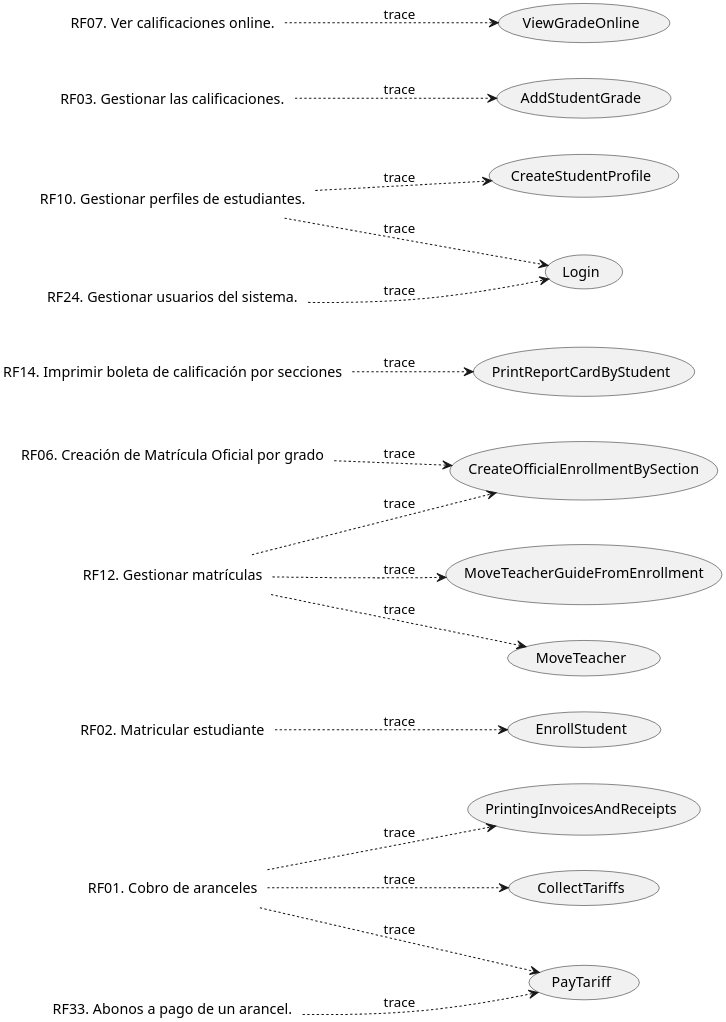
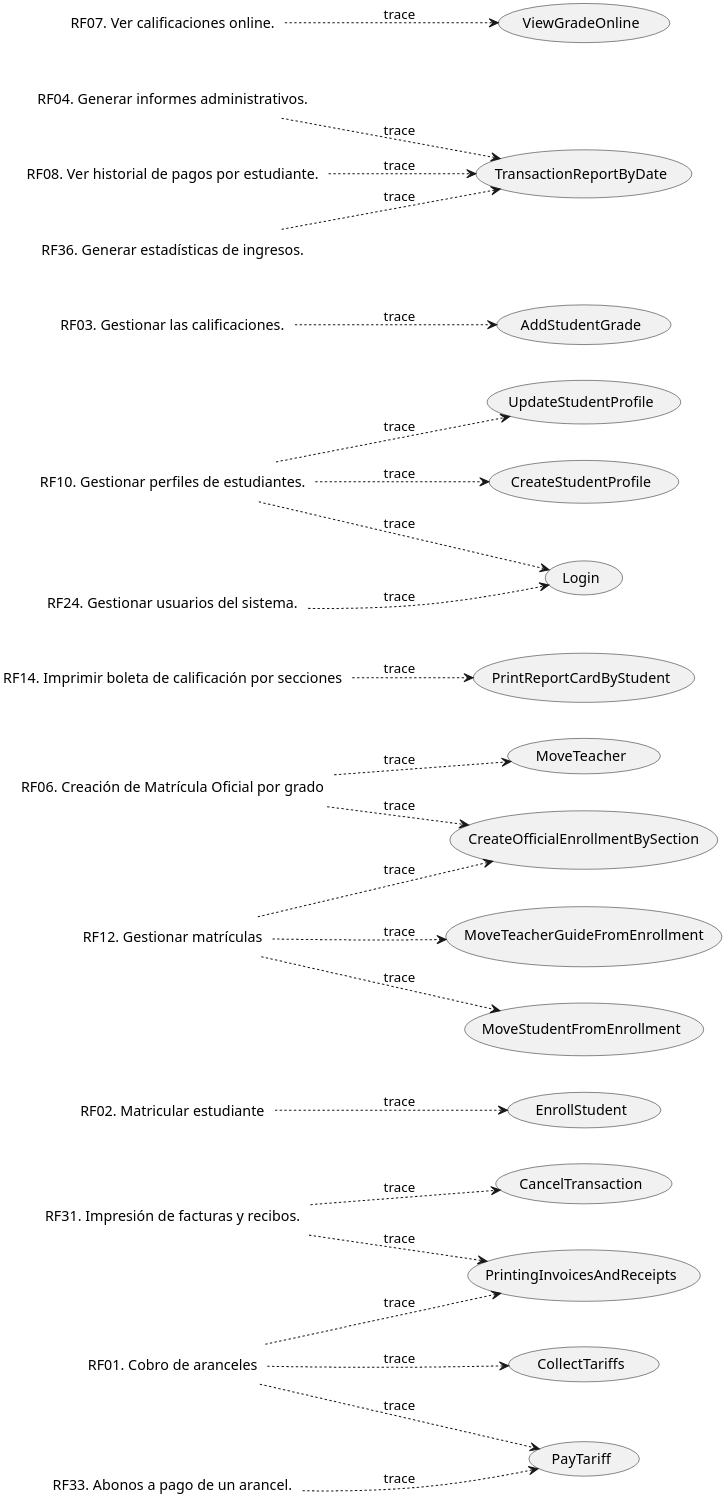
Before and after one commit to wsmcbl/wsmcbl.doc: the diagram in UseCaseView/TRACE.Requisites-x-UseCase.puml, drawn with PlantUML. The commit also changed 7 other files, not shown here.

```diff
--- a/UseCaseView/TRACE.Requisites-x-UseCase.puml
+++ b/UseCaseView/TRACE.Requisites-x-UseCase.puml
@@ -1,59 +1,78 @@
 @startuml
 'skinparam BackgroundColor transparent
 left to right direction
 scale 3
 
 'Iteration 1
 Label RF01 as "RF01. Cobro de aranceles"
 Label RF02 as "RF02. Matricular estudiante"
 label RF06 as "RF06. Creación de Matrícula Oficial por grado"
 label RF12 as "RF12. Gestionar matrículas"
 label RF14 as "RF14. Imprimir boleta de calificación por secciones"
 
 'Iteration 2
 Label RF10 as "RF10. Gestionar perfiles de estudiantes."
 Label RF24 as "RF24. Gestionar usuarios del sistema."
 Label RF03 as "RF03. Gestionar las calificaciones."
-Label RF07 as "RF07. Ver calificaciones online."
 Label RF33 as "RF33. Abonos a pago de un arancel."
 
+'Iteration 3
+Label RF04 as "RF04. Generar informes administrativos."
+Label RF07 as "RF07. Ver calificaciones online."
+Label RF08 as "RF08. Ver historial de pagos por estudiante."
+Label RF31 as "RF31. Impresión de facturas y recibos."
+Label RF36 as "RF36. Generar estadísticas de ingresos."
 
 
 'Iteration 1
 usecase CU01 as "EnrollStudent"
 usecase CU05 as "CreateOfficialEnrollmentBySection"
 usecase CU58 as "PrintingInvoicesAndReceipts"
 usecase CU29 as "PrintReportCardByStudent"
 usecase CU21 as "MoveTeacherGuideFromEnrollment"
 usecase CU03 as "CollectTariffs"
 
 'Iteration 2
-usecase CU15 as "ViewGradeOnline"
 usecase CU60 as "PayTariff"
-usecase CU22 as "MoveTeacher"
 usecase CU11 as "AddStudentGrade"
 usecase CU02 as "CreateStudentProfile"
 usecase CU69 as "Login"
+
+'Iteration 3
+usecase CU15 as "ViewGradeOnline"
+usecase CU16 as "UpdateStudentProfile"
+usecase CU22 as "MoveTeacher"
+usecase CU23 as "MoveStudentFromEnrollment"
+usecase CU73 as "CancelTransaction"
+usecase CU75 as "TransactionReportByDate"
 
 
 
 'Iteration 1
 RF01 ..> CU03 : trace
 RF01 ..> CU58 : trace
 RF02 ..> CU01 : trace
 RF06 ..> CU05 : trace
 RF12 ..> CU05 : trace
 RF12 ..> CU21 : trace
 RF14 ..> CU29 : trace
 
 'Iteration 2
 RF01 ..> CU60 : trace
-RF12 ..> CU22 : trace
+RF06 ..> CU22 : trace
 RF10 ..> CU02 : trace
 RF10 ..> CU69 : trace
 RF24 ..> CU69 : trace
 RF33 ..> CU60 : trace
 RF03 ..> CU11 : trace
 RF07 ..> CU15 : trace
 
+'Iteration 3
+RF08 ..> CU75 : trace
+RF04 ..> CU75 : trace
+RF36 ..> CU75 : trace
+RF31 ..> CU73 : trace
+RF31 ..> CU58 : trace
+RF10 ..> CU16 : trace
+RF12 ..> CU23 : trace
 @enduml
```
